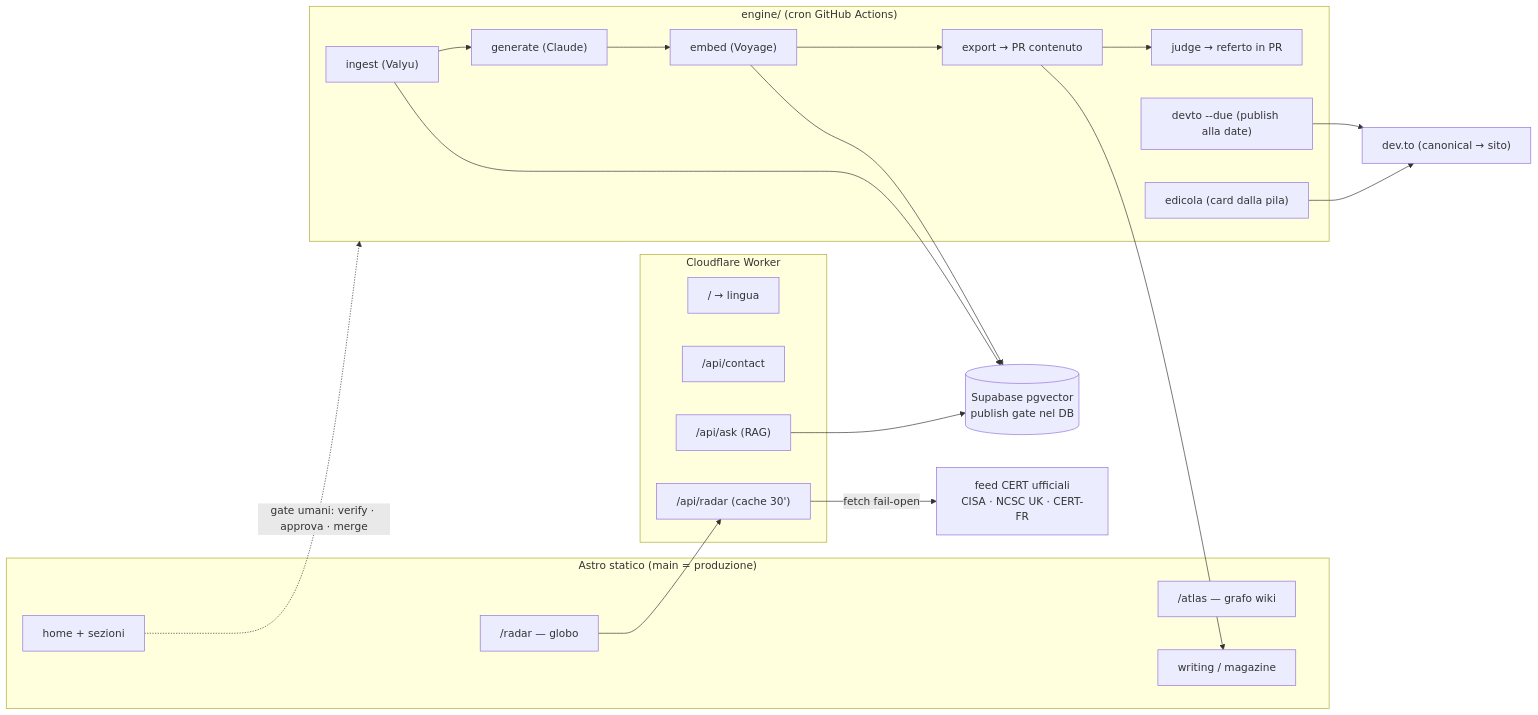
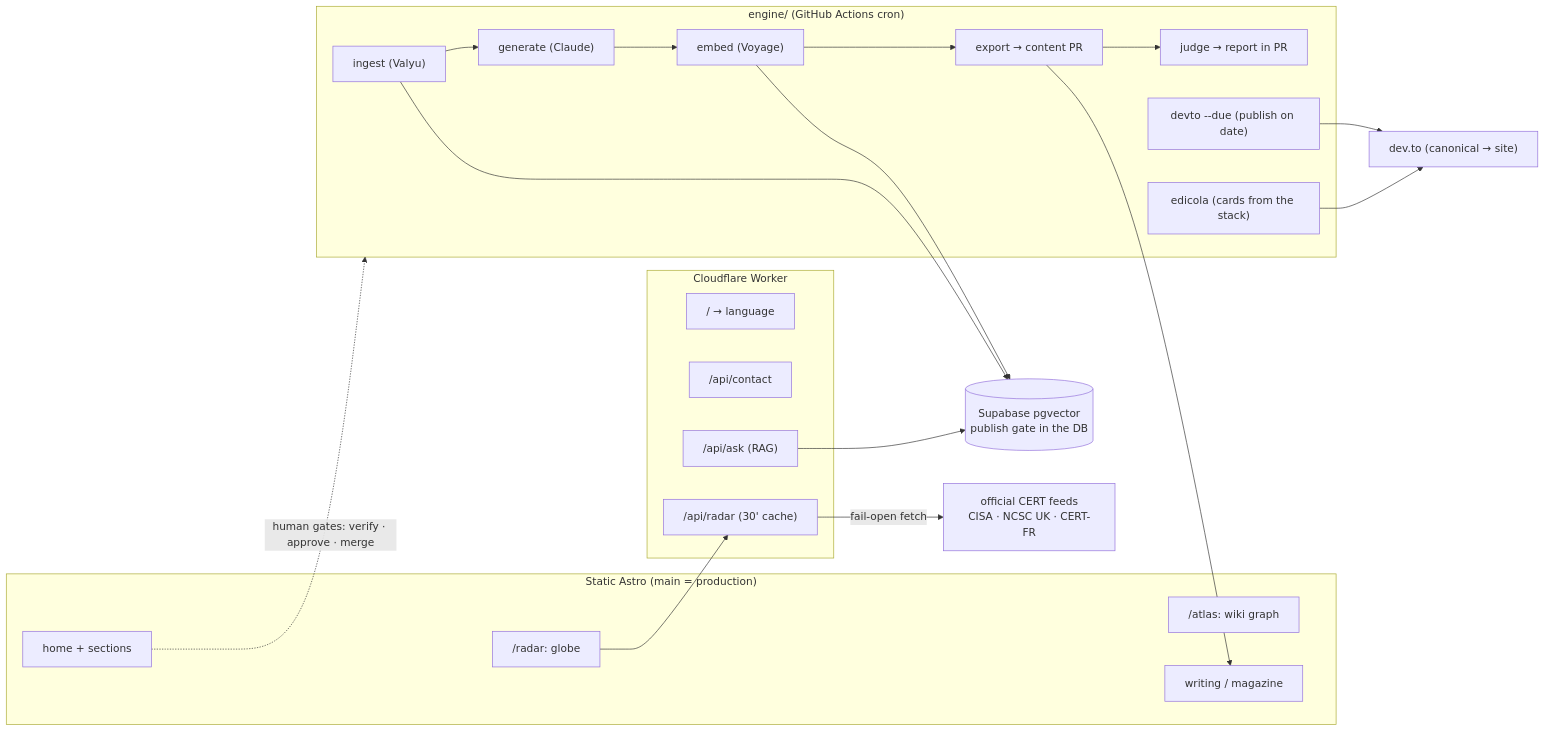
Before and after one commit to MK023/marcobellingeri.dev: the diagram in README.md, drawn with Mermaid. The commit also changed other lines of this file and 13 other files, not shown here.

````diff
--- a/README.md
+++ b/README.md
@@ -209,35 +201,35 @@
 ```mermaid
 flowchart LR
     subgraph EDGE["Cloudflare Worker"]
-        W["/  → lingua"]
+        W["/  → language"]
         C["/api/contact"]
         A["/api/ask (RAG)"]
-        R["/api/radar (cache 30')"]
+        R["/api/radar (30' cache)"]
     end
-    subgraph SITO["Astro statico (main = produzione)"]
-        HOME["home + sezioni"]
-        RAD["/radar — globo"]
-        ATL["/atlas — grafo wiki"]
+    subgraph SITE["Static Astro (main = production)"]
+        HOME["home + sections"]
+        RAD["/radar: globe"]
+        ATL["/atlas: wiki graph"]
         WRI["writing / magazine"]
     end
-    subgraph ENGINE["engine/ (cron GitHub Actions)"]
+    subgraph ENGINE["engine/ (GitHub Actions cron)"]
         ING["ingest (Valyu)"] --> GEN["generate (Claude)"]
-        GEN --> EMB["embed (Voyage)"] --> EXP["export → PR contenuto"]
-        EXP --> JUD["judge → referto in PR"]
-        DUE["devto --due (publish alla date)"]
-        CARD["edicola (card dalla pila)"]
+        GEN --> EMB["embed (Voyage)"] --> EXP["export → content PR"]
+        EXP --> JUD["judge → report in PR"]
+        DUE["devto --due (publish on date)"]
+        CARD["edicola (cards from the stack)"]
     end
-    DB[("Supabase pgvector<br/>publish gate nel DB")]
-    CERT["feed CERT ufficiali<br/>CISA · NCSC UK · CERT-FR"]
-    DEVTO["dev.to (canonical → sito)"]
+    DB[("Supabase pgvector<br/>publish gate in the DB")]
+    CERT["official CERT feeds<br/>CISA · NCSC UK · CERT-FR"]
+    DEVTO["dev.to (canonical → site)"]
 
-    R -->|"fetch fail-open"| CERT
+    R -->|"fail-open fetch"| CERT
     A --> DB
     ING --> DB
     EMB --> DB
     EXP --> WRI
     DUE --> DEVTO
     CARD --> DEVTO
     RAD --> R
-    HOME -.->|"gate umani: verify · approva · merge"| ENGINE
+    HOME -.->|"human gates: verify · approve · merge"| ENGINE
 ```
````
